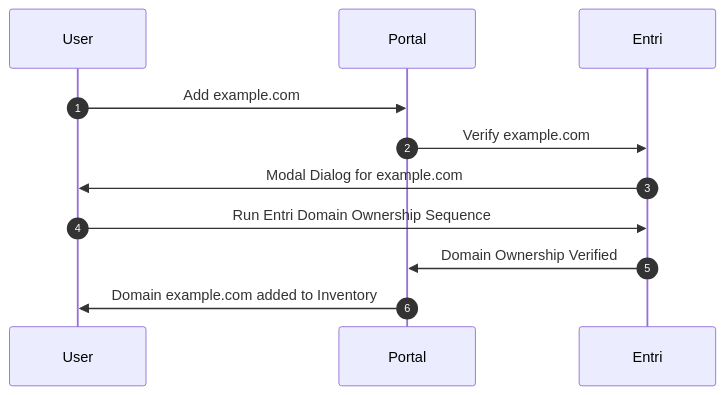
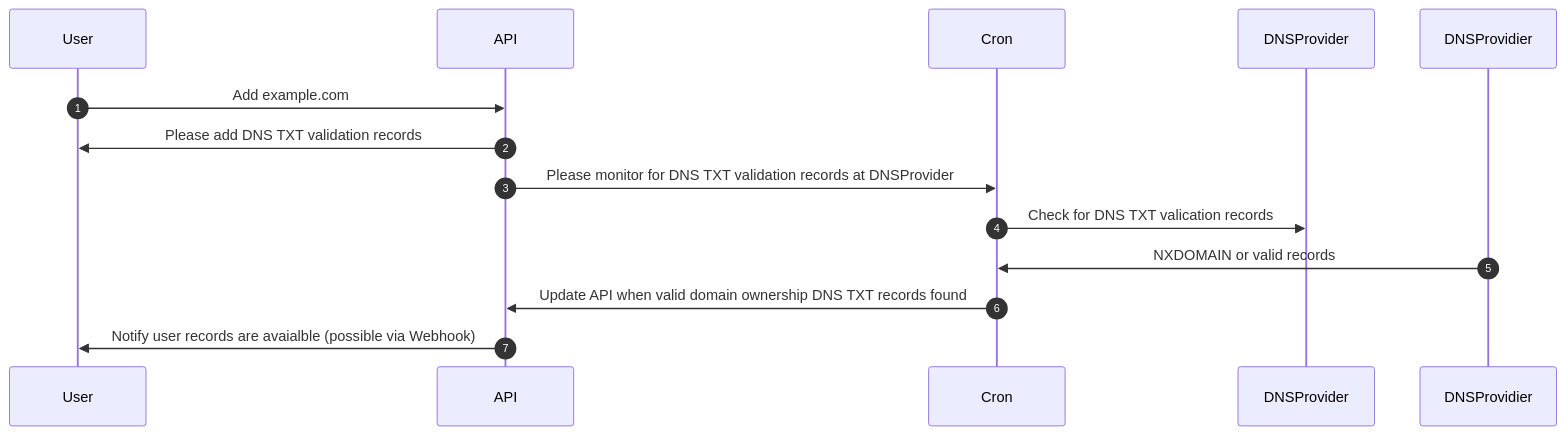
Before and after one commit to datum-cloud/enhancements: the first of 2 diagrams in enhancements/domains-and-dns/README.md, drawn with Mermaid. The commit also changed other lines of this file, not shown here.

````diff
--- a/enhancements/domains-and-dns/README.md
+++ b/enhancements/domains-and-dns/README.md
@@ -441,16 +443,17 @@
 ```mermaid
 sequenceDiagram
   autonumber
 
   participant User
-  participant Portal
-  participant Entri
+  participant API
+  participant Cron
+  participant DNSProvider
   
-  User ->> Portal: Add example.com
-  Portal ->> Entri: Verify example.com
-  Entri ->> User: Modal Dialog for example.com
-  User ->> Entri: Run Entri Domain Ownership Sequence
-  Entri ->> Portal: Domain Ownership Verified
-  Portal ->> User: Domain example.com added to Inventory
-
+  User ->> API: Add example.com
+  API ->> User: Please add DNS TXT validation records
+  API ->> Cron: Please monitor for DNS TXT validation records at DNSProvider
+  Cron ->> DNSProvider: Check for DNS TXT valication records
+  DNSProvidier ->> Cron: NXDOMAIN or valid records
+  Cron ->> API: Update API when valid domain ownership DNS TXT records found
+  API ->> User: Notify user records are avaialble (possible via Webhook)
 ```
````
